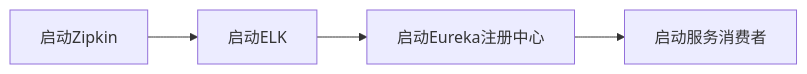
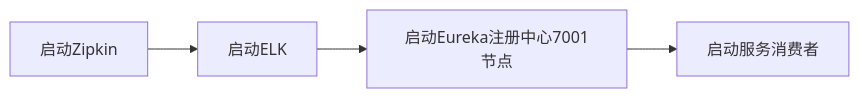
One commit to lingwh1995/blog changed the first of 2 diagrams in docs/blogs/backend/springcloud/springcloud-eureka/shardings/springcloud-eureka-chapter-14.设计适用于生产环境的日志系统.md. Above: the diagram before and after it, drawn with Mermaid. The commit also changed other lines of this file and 1716 other files, not shown here.

````diff
--- a/docs/blogs/backend/springcloud/springcloud-eureka/shardings/springcloud-eureka-chapter-14.设计适用于生产环境的日志系统.md
+++ b/docs/blogs/backend/springcloud/springcloud-eureka/shardings/springcloud-eureka-chapter-14.设计适用于生产环境的日志系统.md
@@ -83,6 +99,6 @@
 ```mermaid
 flowchart LR
     启动Zipkin-->启动ELK
-    启动ELK-->启动Eureka注册中心
-    启动Eureka注册中心-->启动服务消费者
+    启动ELK-->启动Eureka注册中心7001节点
+    启动Eureka注册中心7001节点-->启动服务消费者
 ```
````
